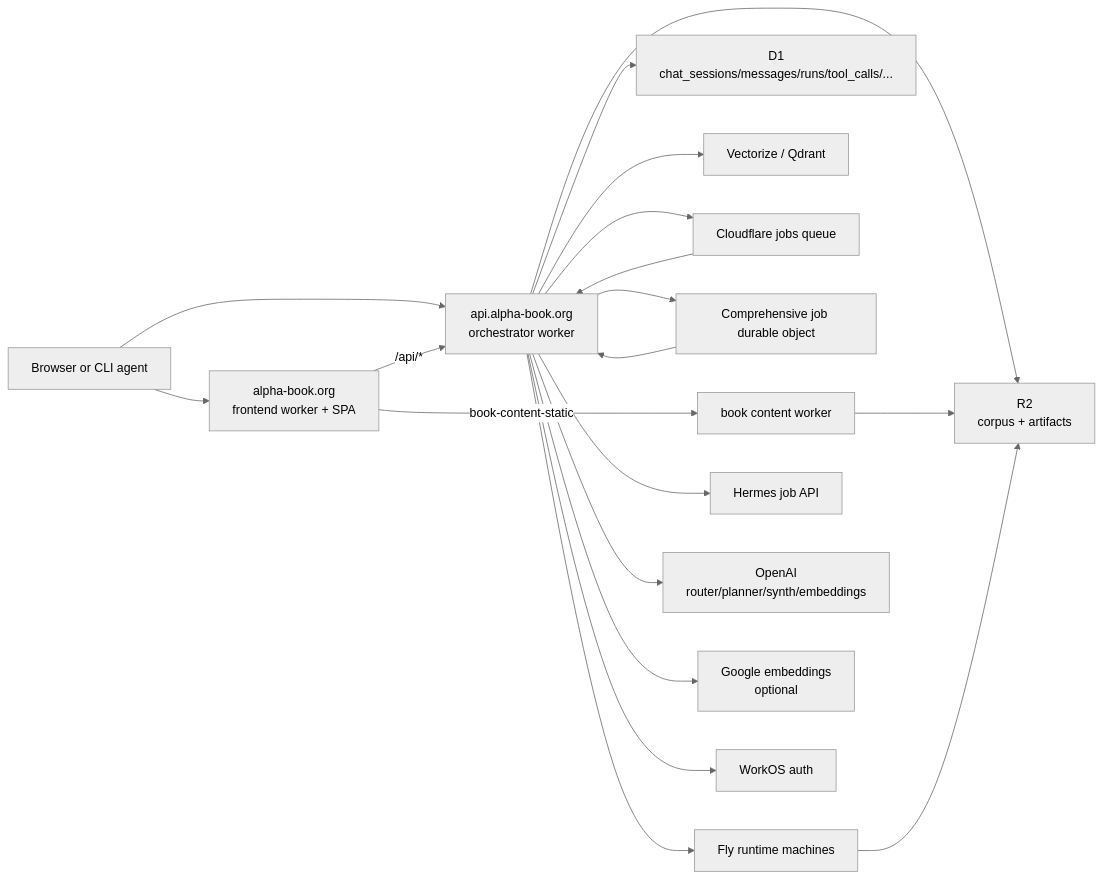
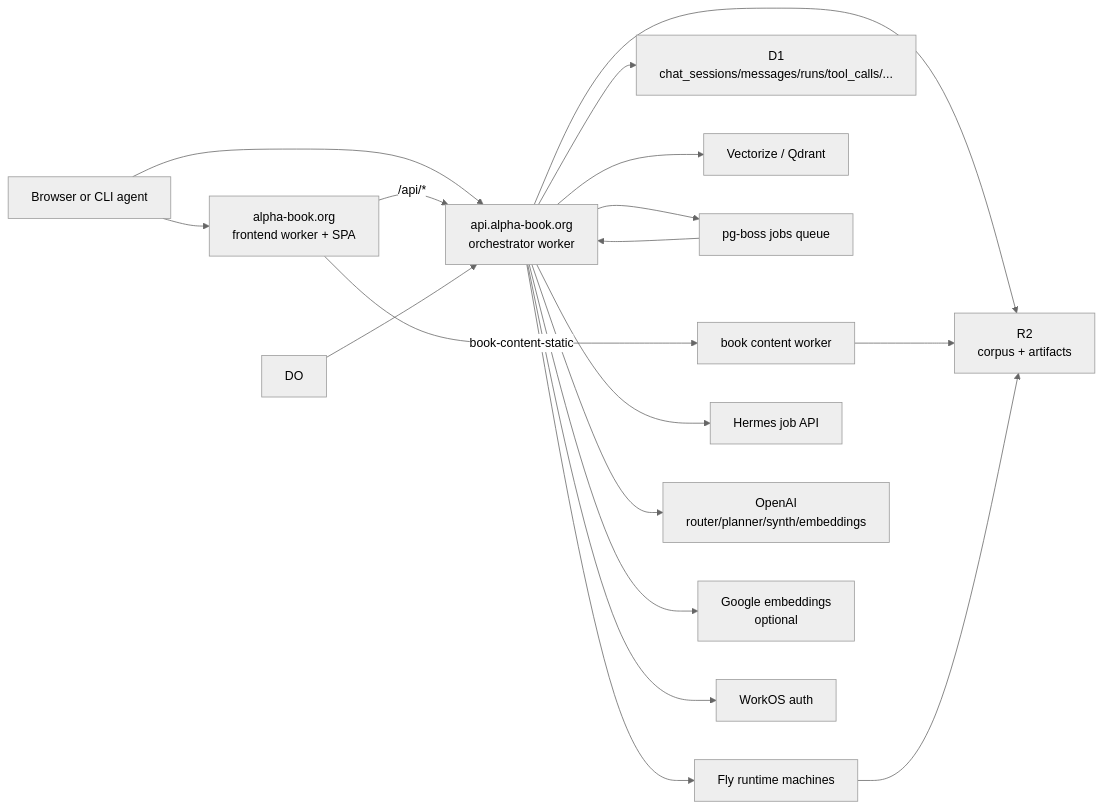
The second of 12 diagrams in docs/repo-system-audit.md (zenobia-pay/alphabook), drawn with Mermaid (neutral theme) before and after one commit. The commit also changed other lines of this file and 42 other files, not shown here.

Commit message:
Remove legacy Cloudflare API worker paths

````diff
--- a/docs/repo-system-audit.md
+++ b/docs/repo-system-audit.md
@@ -95,24 +89,23 @@
 ```mermaid
 flowchart LR
   USER["Browser or CLI agent"] --> WEB["alpha-book.org\nfrontend worker + SPA"]
   USER --> API["api.alpha-book.org\norchestrator worker"]
 
   WEB -->|/api/*| API
   WEB -->|book-content-static| CONTENT["book content worker"]
 
   API --> D1["D1\nchat_sessions/messages/runs/tool_calls/..."]
   API --> R2["R2\ncorpus + artifacts"]
   API --> VEC["Vectorize / Qdrant"]
-  API --> Q["Cloudflare jobs queue"]
-  API --> DO["Comprehensive job durable object"]
+  API --> Q["pg-boss jobs queue"]
   API --> FLY["Fly runtime machines"]
   API --> H["Hermes job API"]
   API --> OPENAI["OpenAI\nrouter/planner/synth/embeddings"]
   API --> GOOGLE["Google embeddings\noptional"]
   API --> WORKOS["WorkOS auth"]
 
   CONTENT --> R2
   FLY --> R2
   Q --> API
   DO --> API
 ```
````
